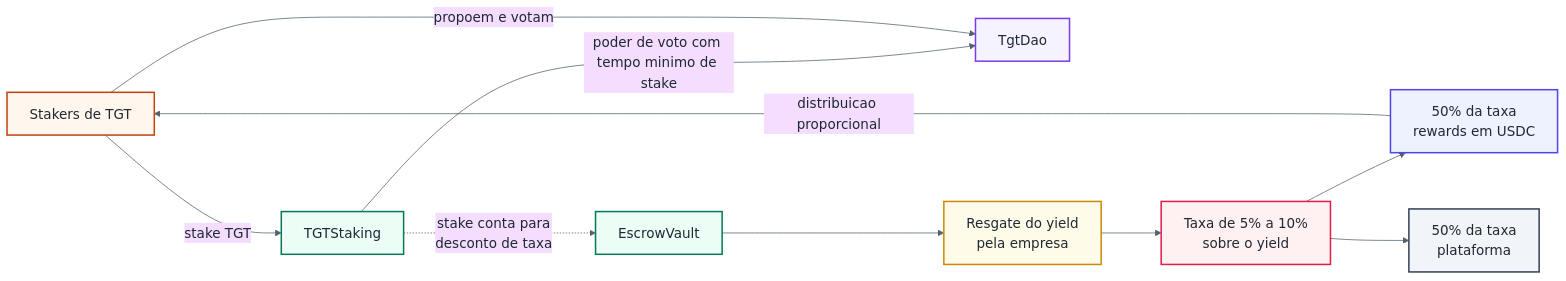
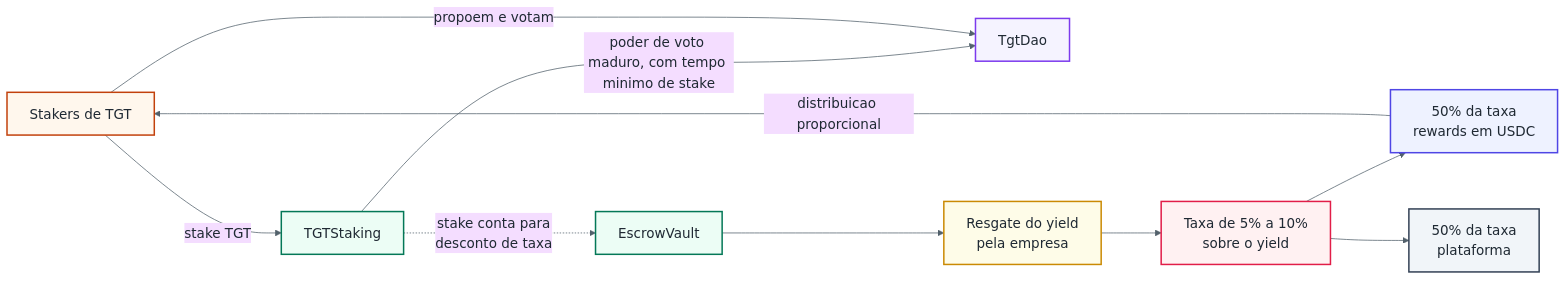
Before and after one commit to mhbs12/Tesserate: the second of 2 diagrams in README.md, drawn with Mermaid. The commit also changed other lines of this file and 26 other files, not shown here.

````diff
--- a/README.md
+++ b/README.md
@@ -77,28 +119,28 @@
 ```mermaid
 %%{init: {"theme": "base", "themeVariables": {"fontFamily": "Arial", "fontSize": "18px", "primaryTextColor": "#1f2933", "lineColor": "#52616b"}, "flowchart": {"curve": "basis", "nodeSpacing": 75, "rankSpacing": 80}}}%%
 flowchart LR
   Stakers["Stakers de TGT"]:::actor
   Staking["TGTStaking"]:::core
   Dao["TgtDao"]:::dao
   Escrow["EscrowVault"]:::core
   YieldClaim["Resgate do yield<br/>pela empresa"]:::money
   Fee["Taxa de 5% a 10%<br/>sobre o yield"]:::fee
   Rewards["50% da taxa<br/>rewards em USDC"]:::reward
   Platform["50% da taxa<br/>plataforma"]:::platform
 
   Stakers -->|"stake TGT"| Staking
-  Staking --->|"poder de voto com tempo minimo de stake"| Dao
+  Staking --->|"poder de voto maduro, com tempo minimo de stake"| Dao
   Stakers -->|"propoem e votam"| Dao
   Staking -.->|"stake conta para<br/>desconto de taxa"| Escrow
   Escrow --> YieldClaim --> Fee
   Fee --> Rewards -->|"distribuicao proporcional"| Stakers
   Fee --> Platform
 
   classDef actor fill:#fff7ed,stroke:#c2410c,stroke-width:2px,color:#1f2933;
   classDef core fill:#ecfdf5,stroke:#047857,stroke-width:2px,color:#1f2933;
   classDef dao fill:#f5f3ff,stroke:#7c3aed,stroke-width:2px,color:#1f2933;
   classDef money fill:#fefce8,stroke:#ca8a04,stroke-width:2px,color:#1f2933;
   classDef fee fill:#fff1f2,stroke:#e11d48,stroke-width:2px,color:#1f2933;
   classDef reward fill:#eef2ff,stroke:#4f46e5,stroke-width:2px,color:#1f2933;
   classDef platform fill:#f1f5f9,stroke:#334155,stroke-width:2px,color:#1f2933;
 ```
````
